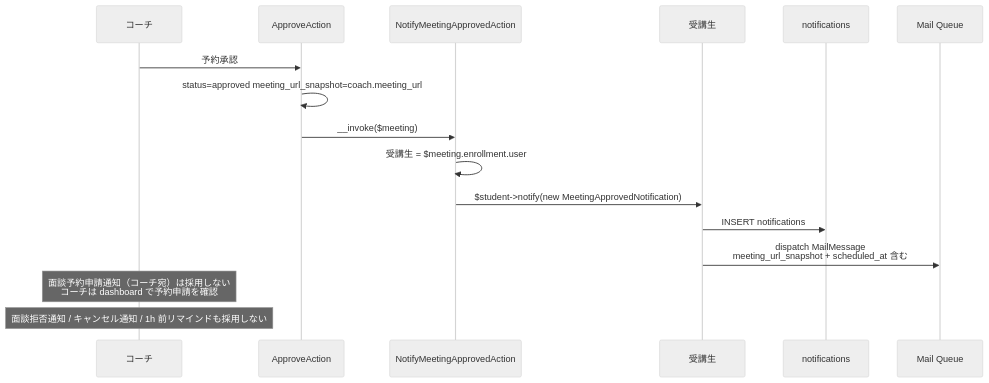
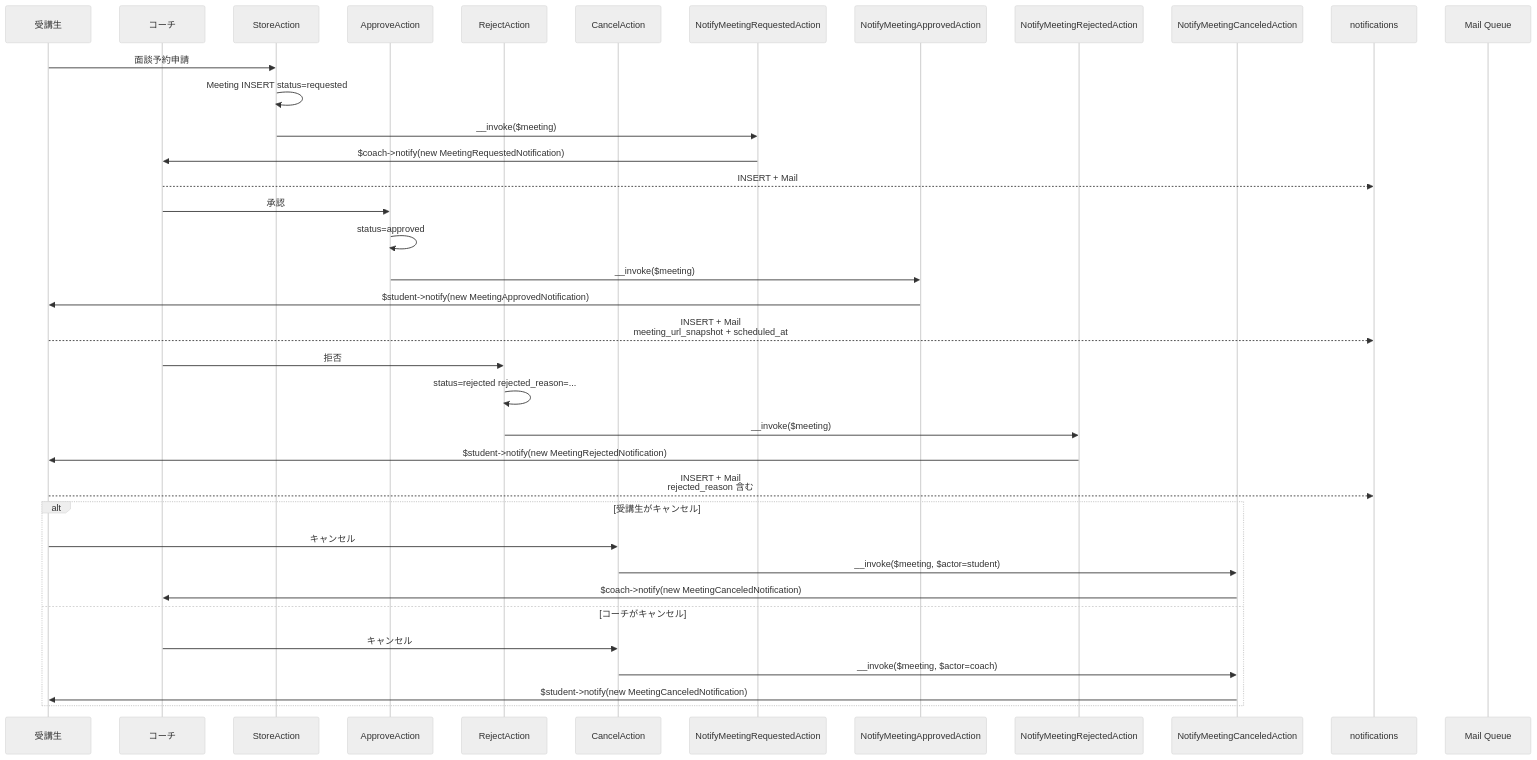
Before and after one commit to coachtech-mockcase-second/ExampleAnswer-mockcase-CertifyLMS: the sixth of 12 diagrams in docs/specs/notification/design.md, drawn with Mermaid (neutral theme). The commit also changed other lines of this file and 17 other files, not shown here.

````diff
--- a/docs/specs/notification/design.md
+++ b/docs/specs/notification/design.md
@@ -153,20 +157,43 @@
 ```mermaid
 sequenceDiagram
-    participant Coach as コーチ
-    participant AA as ApproveAction
-    participant NotifyA as NotifyMeetingApprovedAction
-    participant Student as 受講生
+    participant Stu as 受講生
+    participant Co as コーチ
+    participant MStore as StoreAction
+    participant MApp as ApproveAction
+    participant MRej as RejectAction
+    participant MCan as CancelAction
+    participant NReq as NotifyMeetingRequestedAction
+    participant NApp as NotifyMeetingApprovedAction
+    participant NRej as NotifyMeetingRejectedAction
+    participant NCan as NotifyMeetingCanceledAction
     participant DB as notifications
     participant Mail as Mail Queue
 
-    Coach->>AA: 予約承認
-    AA->>AA: status=approved meeting_url_snapshot=coach.meeting_url
-    AA->>NotifyA: __invoke($meeting)
-    NotifyA->>NotifyA: 受講生 = $meeting.enrollment.user
-    NotifyA->>Student: $student->notify(new MeetingApprovedNotification)
-    Student->>DB: INSERT notifications
-    Student->>Mail: dispatch MailMessage<br/>meeting_url_snapshot + scheduled_at 含む
+    Stu->>MStore: 面談予約申請
+    MStore->>MStore: Meeting INSERT status=requested
+    MStore->>NReq: __invoke($meeting)
+    NReq->>Co: $coach->notify(new MeetingRequestedNotification)
+    Co-->>DB: INSERT + Mail
 
-    Note over Coach: 面談予約申請通知（コーチ宛）は採用しない<br/>コーチは dashboard で予約申請を確認
-    Note over Coach: 面談拒否通知 / キャンセル通知 / 1h 前リマインドも採用しない
+    Co->>MApp: 承認
+    MApp->>MApp: status=approved
+    MApp->>NApp: __invoke($meeting)
+    NApp->>Stu: $student->notify(new MeetingApprovedNotification)
+    Stu-->>DB: INSERT + Mail<br/>meeting_url_snapshot + scheduled_at
+
+    Co->>MRej: 拒否
+    MRej->>MRej: status=rejected rejected_reason=...
+    MRej->>NRej: __invoke($meeting)
+    NRej->>Stu: $student->notify(new MeetingRejectedNotification)
+    Stu-->>DB: INSERT + Mail<br/>rejected_reason 含む
+
+    alt 受講生がキャンセル
+        Stu->>MCan: キャンセル
+        MCan->>NCan: __invoke($meeting, $actor=student)
+        NCan->>Co: $coach->notify(new MeetingCanceledNotification)
+    else コーチがキャンセル
+        Co->>MCan: キャンセル
+        MCan->>NCan: __invoke($meeting, $actor=coach)
+        NCan->>Stu: $student->notify(new MeetingCanceledNotification)
+    end
 ```
````
